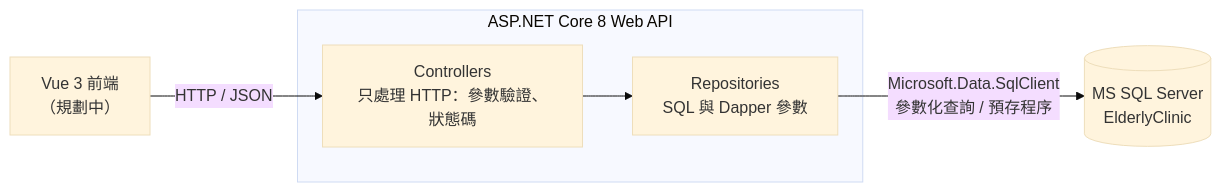
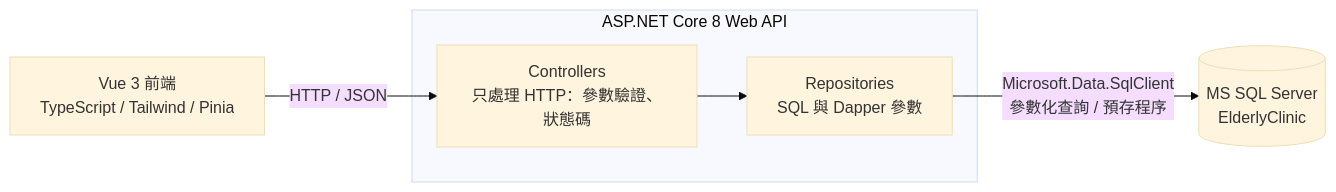
Before and after one commit to cactus1998/elderly-clinic-mssql: the diagram in README.md, drawn with Mermaid (base theme). The commit also changed other lines of this file and 18 other files, not shown here.

````diff
--- a/README.md
+++ b/README.md
@@ -27,8 +36,8 @@
 ```mermaid
 flowchart LR
-    Vue["Vue 3 前端<br/>（規劃中）"] -- "HTTP / JSON" --> Ctrl
+    Vue["Vue 3 前端<br/>TypeScript / Tailwind / Pinia"] -- "HTTP / JSON" --> Ctrl
     subgraph API["ASP.NET Core 8 Web API"]
         Ctrl["Controllers<br/>只處理 HTTP：參數驗證、狀態碼"] --> Repo["Repositories<br/>SQL 與 Dapper 參數"]
     end
     Repo -- "Microsoft.Data.SqlClient<br/>參數化查詢 / 預存程序" --> DB[("MS SQL Server<br/>ElderlyClinic")]
 ```
````
